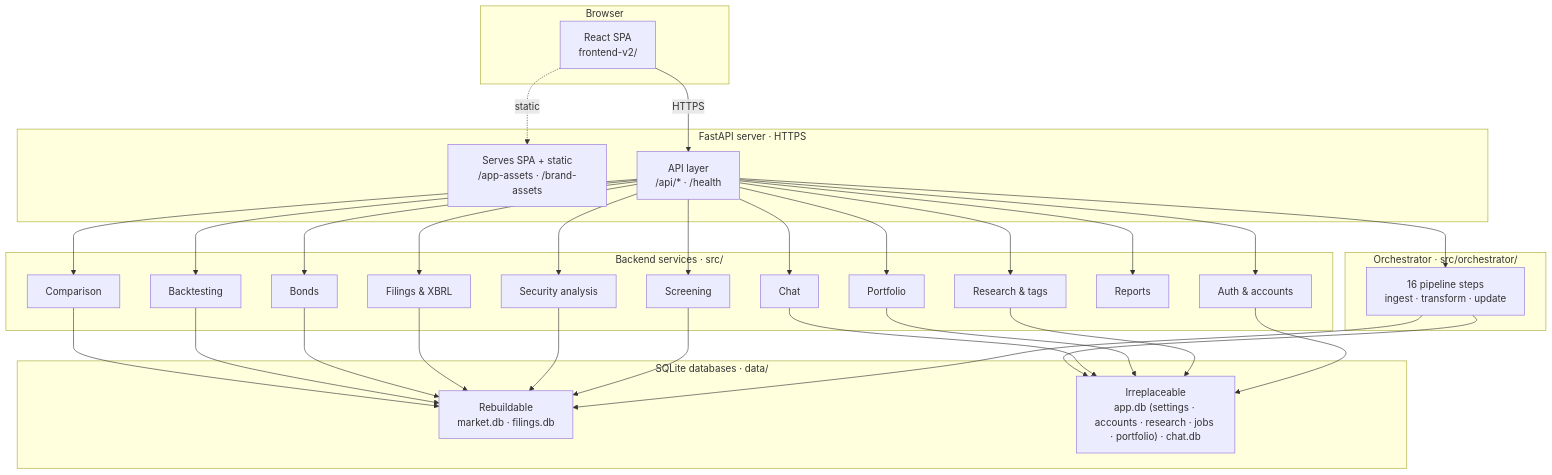
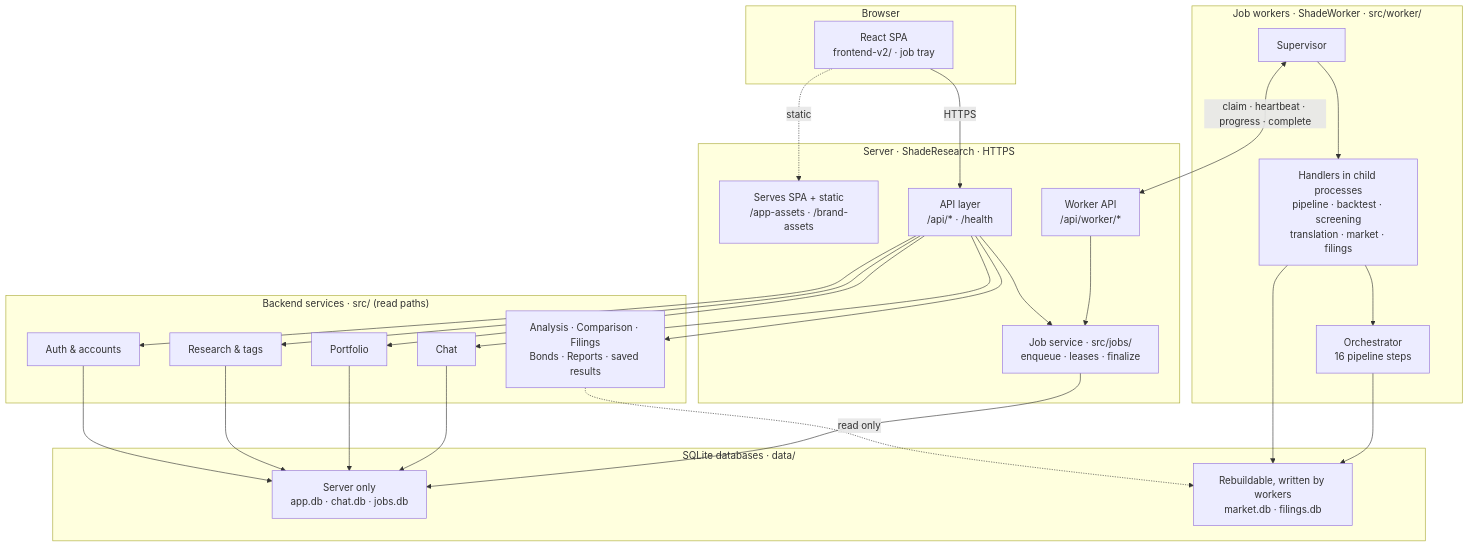
Before and after one commit to TiagoDeMatosDias/EDINET: the diagram in docs/Application Details.md, drawn with Mermaid. The commit also changed other lines of this file and 174 other files, not shown here.

First line of the commit message:
Add unit tests for worker overrides, pipeline handler, supervisor, and fake server

````diff
--- a/docs/Application Details.md
+++ b/docs/Application Details.md
@@ -61,61 +61,53 @@
 ```mermaid
 flowchart TB
     subgraph Browser["Browser"]
-        SPA["React SPA<br/>frontend-v2/"]
+        SPA["React SPA<br/>frontend-v2/ · job tray"]
     end
 
-    subgraph Server["FastAPI server · HTTPS"]
+    subgraph Server["Server · ShadeResearch · HTTPS"]
         SERVE["Serves SPA + static<br/>/app-assets · /brand-assets"]
         API["API layer<br/>/api/* · /health"]
+        JOBS["Job service · src/jobs/<br/>enqueue · leases · finalize"]
+        WAPI["Worker API<br/>/api/worker/*"]
     end
 
-    subgraph Services["Backend services · src/"]
+    subgraph Services["Backend services · src/ (read paths)"]
         AUTH["Auth & accounts"]
-        SCREEN["Screening"]
-        SEC["Security analysis"]
-        FIL["Filings & XBRL"]
-        COMP["Comparison"]
+        RES["Research & tags"]
         PORT["Portfolio"]
-        RES["Research & tags"]
-        BONDS["Bonds"]
-        BT["Backtesting"]
-        REP["Reports"]
         CHAT["Chat"]
+        READ["Analysis · Comparison · Filings<br/>Bonds · Reports · saved results"]
     end
 
-    subgraph Pipeline["Orchestrator · src/orchestrator/"]
-        ORCH["16 pipeline steps<br/>ingest · transform · update"]
+    subgraph Worker["Job workers · ShadeWorker · src/worker/"]
+        SUP["Supervisor"]
+        H["Handlers in child processes<br/>pipeline · backtest · screening<br/>translation · market · filings"]
+        ORCH["Orchestrator<br/>16 pipeline steps"]
     end
 
     subgraph Data["SQLite databases · data/"]
-        REBUILD["Rebuildable<br/>market.db · filings.db"]
-        STATE["Irreplaceable<br/>app.db (settings · accounts · research · jobs · portfolio) · chat.db"]
+        STATE["Server only<br/>app.db · chat.db · jobs.db"]
+        REBUILD["Rebuildable, written by workers<br/>market.db · filings.db"]
     end
 
     SPA -->|"HTTPS"| API
     SPA -.->|"static"| SERVE
     API --> AUTH
-    API --> SCREEN
-    API --> SEC
-    API --> FIL
-    API --> COMP
+    API --> RES
     API --> PORT
-    API --> RES
-    API --> BONDS
-    API --> BT
-    API --> REP
     API --> CHAT
-    API --> ORCH
-    ORCH --> REBUILD
-    SCREEN --> REBUILD
-    SEC --> REBUILD
-    FIL --> REBUILD
-    BONDS --> REBUILD
-    BT --> REBUILD
-    COMP --> REBUILD
+    API --> READ
+    API --> JOBS
     AUTH --> STATE
     RES --> STATE
     PORT --> STATE
     CHAT --> STATE
-    ORCH --> STATE
+    JOBS --> STATE
+    READ -.->|"read only"| REBUILD
+    SUP <-->|"claim · heartbeat · progress · complete"| WAPI
+    WAPI --> JOBS
+    SUP --> H
+    H --> ORCH
+    H --> REBUILD
+    ORCH --> REBUILD
 ```
````
